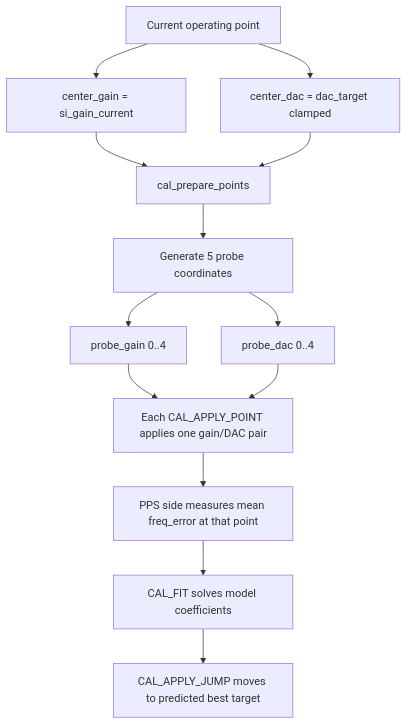
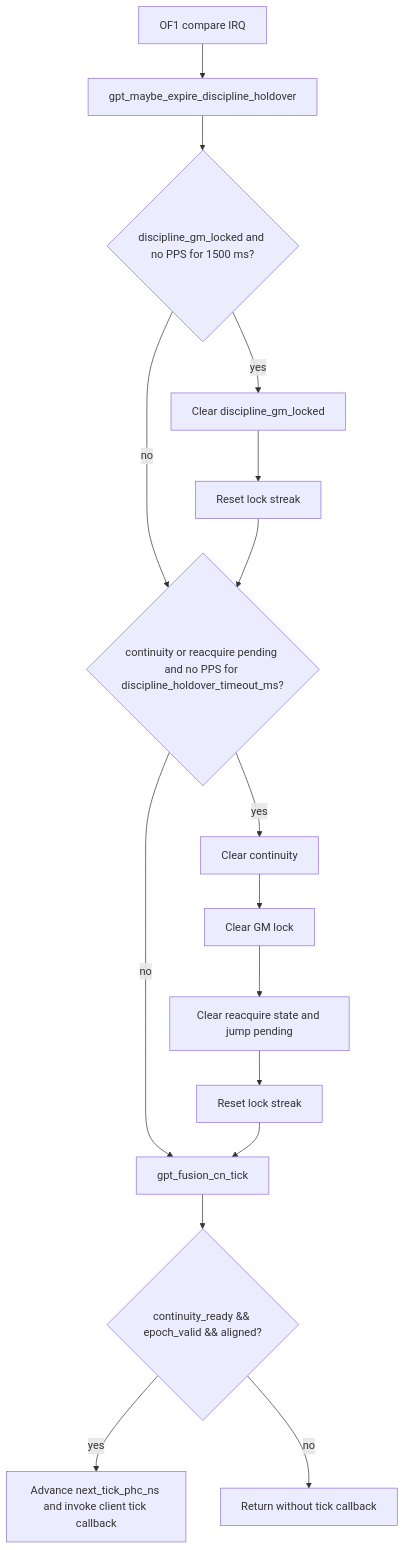
The third of 4 diagrams in apps/kernel-modules/fusion-gpt-lkm/disciplining_state_machine.md (riteshsawant-Bose21/qa-tuii-integration-local), drawn with Mermaid before and after one commit. The commit also changed other lines of this file and 1 other file, not shown here.

First line of the commit message:
Tighten reacquire continuity handling

````diff
--- a/apps/kernel-modules/fusion-gpt-lkm/disciplining_state_machine.md
+++ b/apps/kernel-modules/fusion-gpt-lkm/disciplining_state_machine.md
@@ -212,15 +145,22 @@
 ```mermaid
 flowchart TB
-  A[Current operating point] --> B[center_gain = si_gain_current]
-  A --> C[center_dac = dac_target clamped]
-  B --> D[cal_prepare_points]
-  C --> D
-  D --> E[Generate 5 probe coordinates]
-  E --> F[probe_gain 0..4]
-  E --> G[probe_dac 0..4]
-  F --> H[Each CAL_APPLY_POINT applies one gain/DAC pair]
-  G --> H
-  H --> I[PPS side measures mean freq_error at that point]
-  I --> J[CAL_FIT solves model coefficients]
-  J --> K[CAL_APPLY_JUMP moves to predicted best target]
+  A[OF1 compare IRQ] --> B[gpt_maybe_expire_discipline_holdover]
+
+  B --> C{discipline_gm_locked and no PPS for 1500 ms?}
+  C -->|yes| D[Clear discipline_gm_locked]
+  D --> E[Reset lock streak]
+  C -->|no| F
+  E --> F
+
+  F{continuity or reacquire pending and no PPS for discipline_holdover_timeout_ms?}
+  F -->|yes| G[Clear continuity]
+  G --> H[Clear GM lock]
+  H --> I[Clear reacquire state and jump pending]
+  I --> J[Reset lock streak]
+  F -->|no| K
+  J --> K
+
+  K[gpt_fusion_cn_tick] --> L{continuity_ready && epoch_valid && aligned?}
+  L -->|yes| M[Advance next_tick_phc_ns and invoke client tick callback]
+  L -->|no| N[Return without tick callback]
 ```
````
